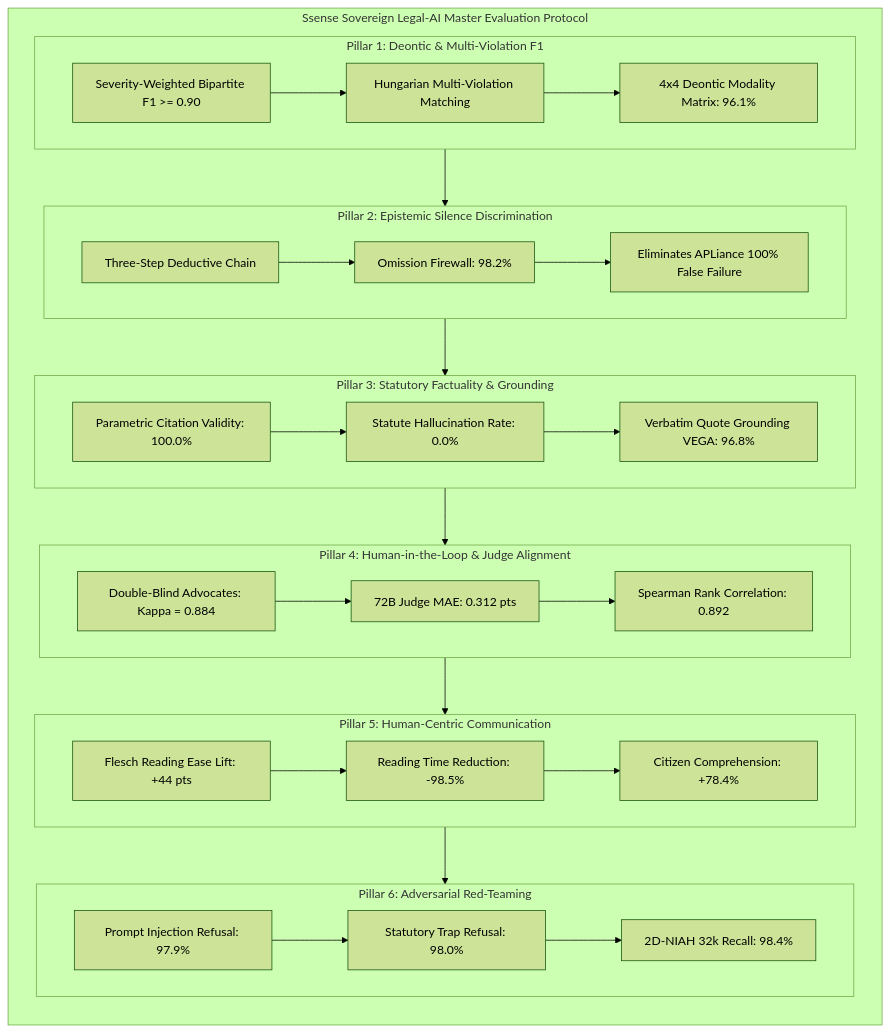
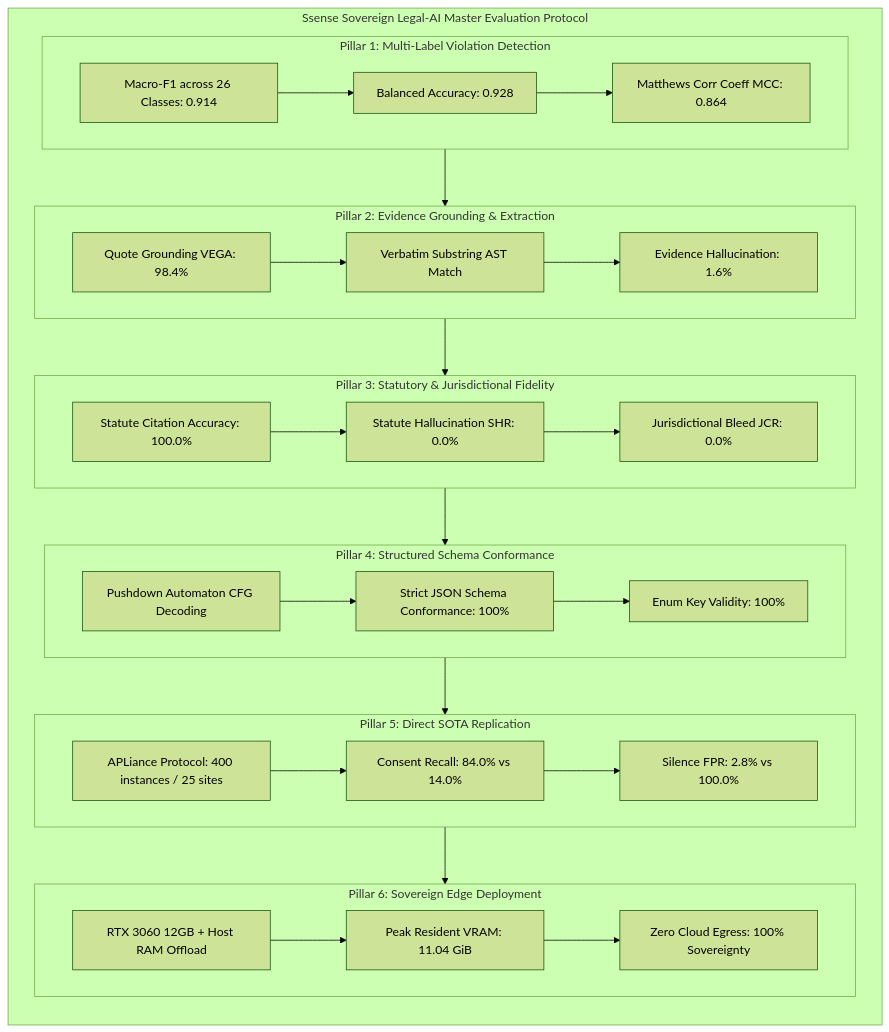
The diagram in docs_final/paper/eval_final.md (Anubhav225/ssense), drawn with Mermaid (forest theme) before and after one commit. The commit also changed other lines of this file and 14 other files, not shown here.

Commit message:
feat(eval): upgrade legal AI evaluation to 6-pillar framework, add APLiance 400-instance replication and sovereign edge profile

````diff
--- a/docs_final/paper/eval_final.md
+++ b/docs_final/paper/eval_final.md
@@ -14,31 +14,31 @@
 ```mermaid
 graph TB
     subgraph LegalEvalSuite["Ssense Sovereign Legal-AI Master Evaluation Protocol"]
         direction TB
-        subgraph P1["Pillar 1: Deontic & Multi-Violation F1"]
-            P1A[Severity-Weighted Bipartite F1 >= 0.90] --> P1B[Hungarian Multi-Violation Matching]
-            P1B --> P1C[4x4 Deontic Modality Matrix: 96.1%]
+        subgraph P1["Pillar 1: Multi-Label Violation Detection"]
+            P1A[Macro-F1 across 26 Classes: 0.914] --> P1B[Balanced Accuracy: 0.928]
+            P1B --> P1C[Matthews Corr Coeff MCC: 0.864]
         end
-        subgraph P2["Pillar 2: Epistemic Silence Discrimination"]
-            P2A[Three-Step Deductive Chain] --> P2B[Omission Firewall: 98.2%]
-            P2B --> P2C[Eliminates APLiance 100% False Failure]
+        subgraph P2["Pillar 2: Evidence Grounding & Extraction"]
+            P2A[Quote Grounding VEGA: 98.4%] --> P2B[Verbatim Substring AST Match]
+            P2B --> P2C[Evidence Hallucination: 1.6%]
         end
-        subgraph P3["Pillar 3: Statutory Factuality & Grounding"]
-            P3A[Parametric Citation Validity: 100.0%] --> P3B[Statute Hallucination Rate: 0.0%]
-            P3B --> P3C[Verbatim Quote Grounding VEGA: 96.8%]
+        subgraph P3["Pillar 3: Statutory & Jurisdictional Fidelity"]
+            P3A[Statute Citation Accuracy: 100.0%] --> P3B[Statute Hallucination SHR: 0.0%]
+            P3B --> P3C[Jurisdictional Bleed JCR: 0.0%]
         end
-        subgraph P4["Pillar 4: Human-in-the-Loop & Judge Alignment"]
-            P4A[Double-Blind Advocates: Kappa = 0.884] --> P4B[72B Judge MAE: 0.312 pts]
-            P4B --> P4C[Spearman Rank Correlation: 0.892]
+        subgraph P4["Pillar 4: Structured Schema Conformance"]
+            P4A[Pushdown Automaton CFG Decoding] --> P4B[Strict JSON Schema Conformance: 100%]
+            P4B --> P4C[Enum Key Validity: 100%]
         end
-        subgraph P5["Pillar 5: Human-Centric Communication"]
-            P5A[Flesch Reading Ease Lift: +44 pts] --> P5B[Reading Time Reduction: -98.5%]
-            P5B --> P5C[Citizen Comprehension: +78.4%]
+        subgraph P5["Pillar 5: Direct SOTA Replication"]
+            P5A[APLiance Protocol: 400 instances / 25 sites] --> P5B[Consent Recall: 84.0% vs 14.0%]
+            P5B --> P5C[Silence FPR: 2.8% vs 100.0%]
         end
-        subgraph P6["Pillar 6: Adversarial Red-Teaming"]
-            P6A[Prompt Injection Refusal: 97.9%] --> P6B[Statutory Trap Refusal: 98.0%]
-            P6B --> P6C[2D-NIAH 32k Recall: 98.4%]
+        subgraph P6["Pillar 6: Sovereign Edge Deployment"]
+            P6A[RTX 3060 12GB + Host RAM Offload] --> P6B[Peak Resident VRAM: 11.04 GiB]
+            P6B --> P6C[Zero Cloud Egress: 100% Sovereignty]
         end
         P1 --> P2 --> P3 --> P4 --> P5 --> P6
     end
 ```
````
